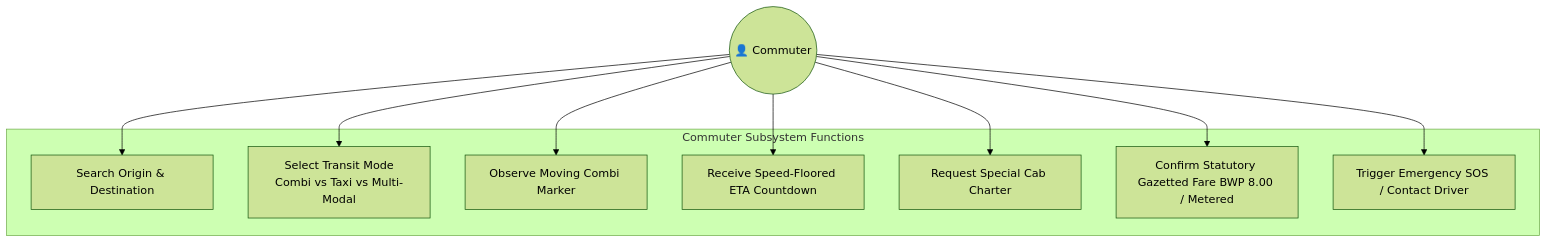
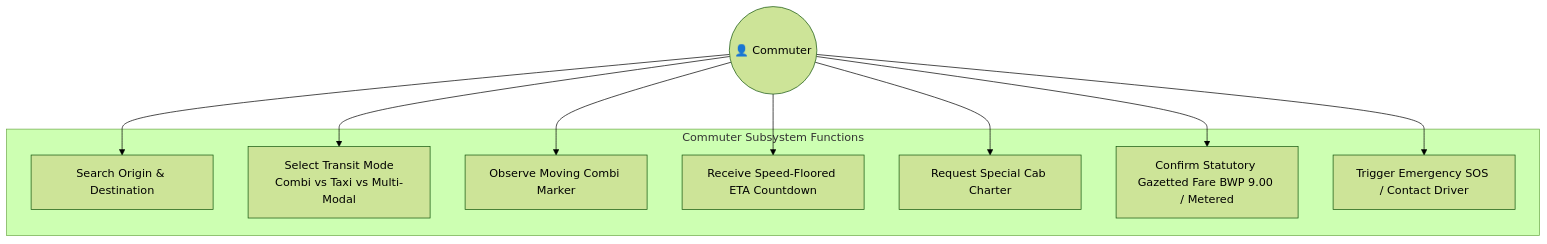
One commit to ABM-IX/Smart-Transit changed the third of 19 diagrams in docs/system_use_cases_and_engineering_diagrams_specification.md. Above: the diagram before and after it, drawn with Mermaid (forest theme). The commit also changed other lines of this file and 70 other files, not shown here.

````diff
--- a/docs/system_use_cases_and_engineering_diagrams_specification.md
+++ b/docs/system_use_cases_and_engineering_diagrams_specification.md
@@ -302,22 +302,22 @@
 ```mermaid
 flowchart TB
     C((👤 Commuter))
 
     subgraph CommuterUseCases [Commuter Subsystem Functions]
         UC2_1[Search Origin & Destination]
         UC2_2[Select Transit Mode<br/>Combi vs Taxi vs Multi-Modal]
         UC2_3[Observe Moving Combi Marker]
         UC2_4[Receive Speed-Floored ETA Countdown]
         UC2_5[Request Special Cab Charter]
-        UC2_6[Confirm Statutory Gazetted Fare BWP 8.00 / Metered]
+        UC2_6[Confirm Statutory Gazetted Fare BWP 9.00 / Metered]
         UC2_7[Trigger Emergency SOS / Contact Driver]
     end
 
     C --> UC2_1
     C --> UC2_2
     C --> UC2_3
     C --> UC2_4
     C --> UC2_5
     C --> UC2_6
     C --> UC2_7
 ```
````
